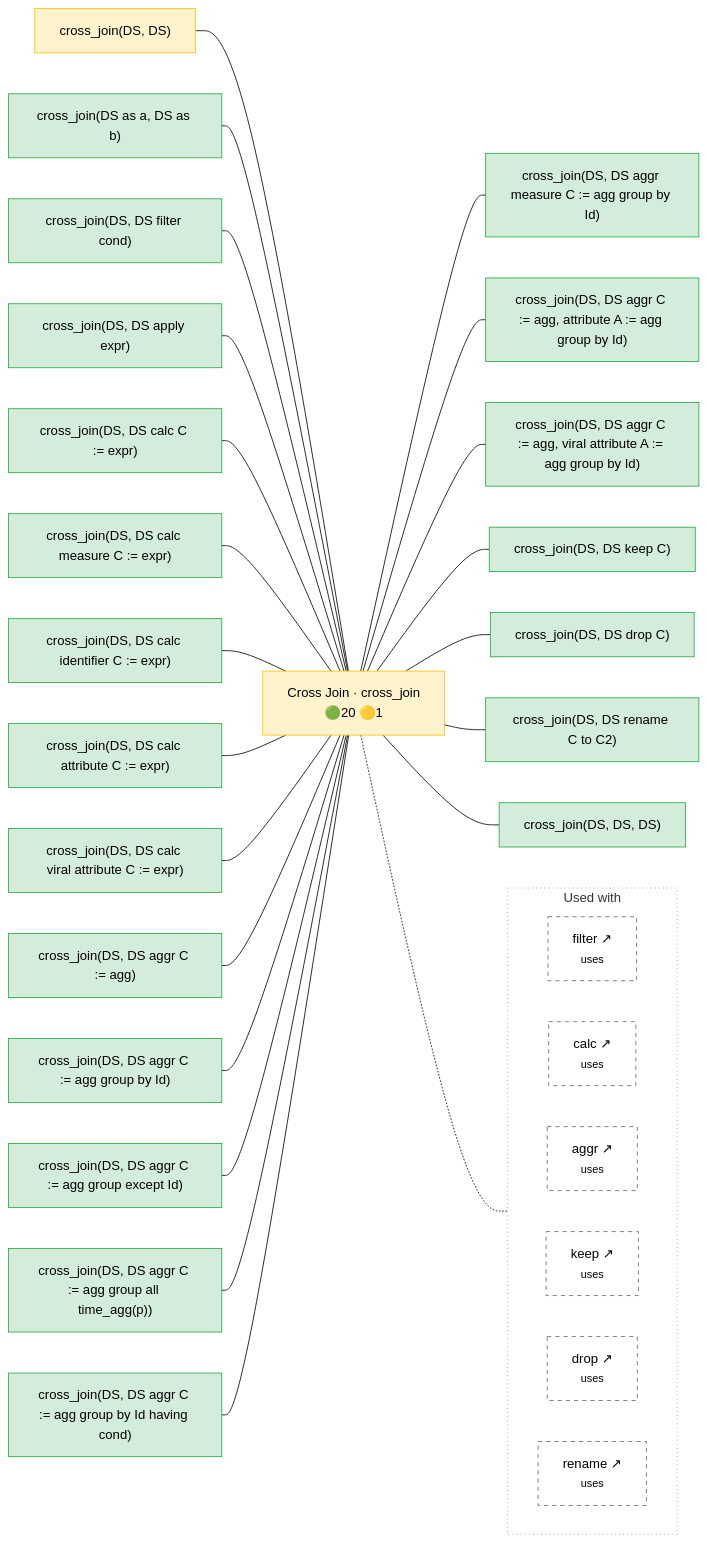
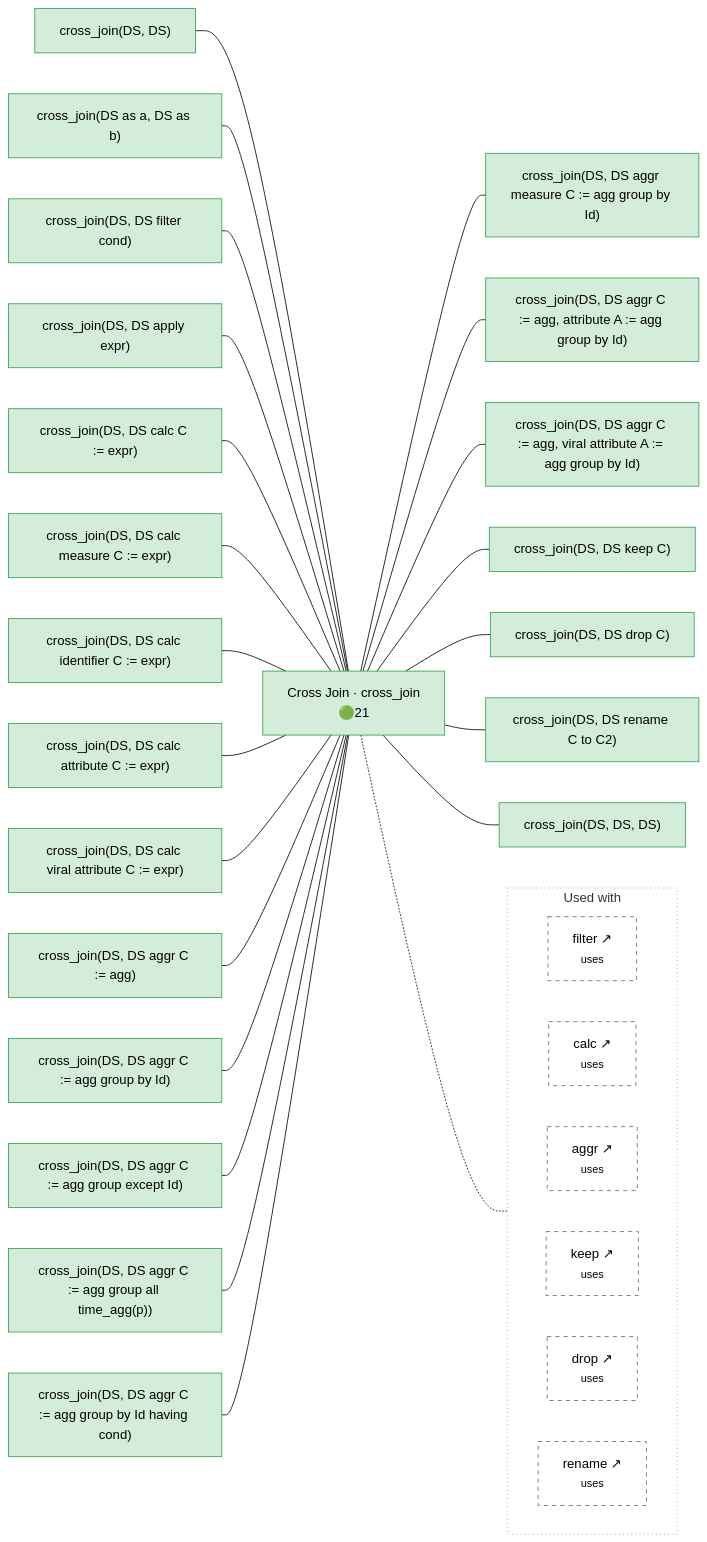
The diagram in docs/operator_map/join/cross_join.rst (Meaningful-Data/vtlengine), drawn with Mermaid (forest theme) before and after one commit. The commit also changed other lines of this file and 161 other files, not shown here.

```diff
--- a/docs/operator_map/join/cross_join.rst
+++ b/docs/operator_map/join/cross_join.rst
@@ -25,8 +25,8 @@
        classDef diverge fill:#cce5ff,stroke:#007bff,color:#000
        classDef block fill:#2b3a4a,stroke:#2b3a4a,color:#fff,font-weight:bold
        classDef ext fill:#fff,stroke:#666,color:#000,stroke-dasharray: 5 5
-       O["Cross Join · cross_join<br/>🟢20 🟡1"]:::partial
-       v_bare["cross_join(DS, DS)"]:::partial
+       O["Cross Join · cross_join<br/>🟢21"]:::ok
+       v_bare["cross_join(DS, DS)"]:::ok
        v_aliases["cross_join(DS as a, DS as b)"]:::ok
        v_filter["cross_join(DS, DS filter cond)"]:::ok
        v_apply["cross_join(DS, DS apply expr)"]:::ok
```
